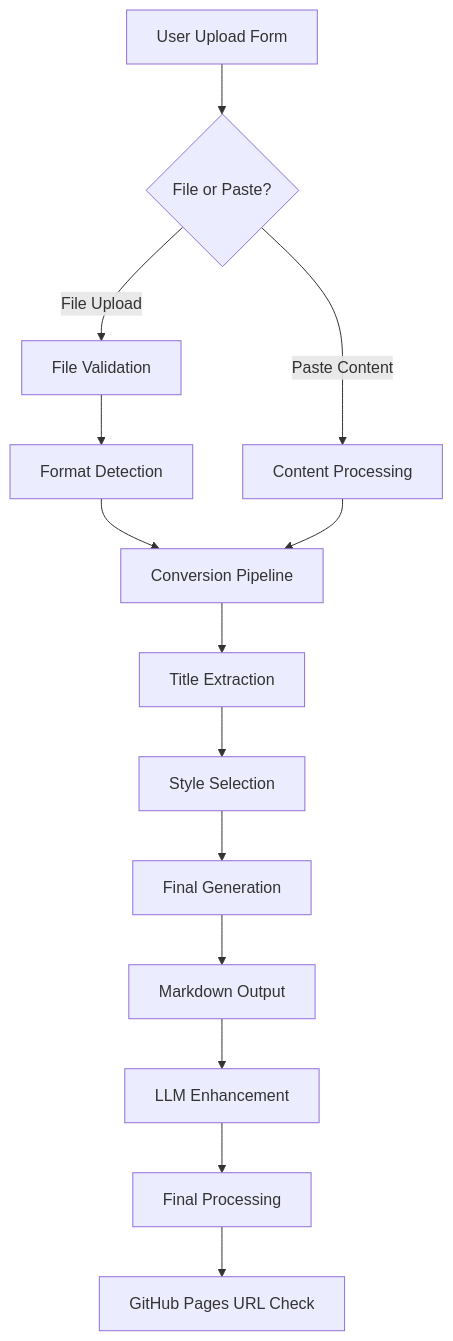
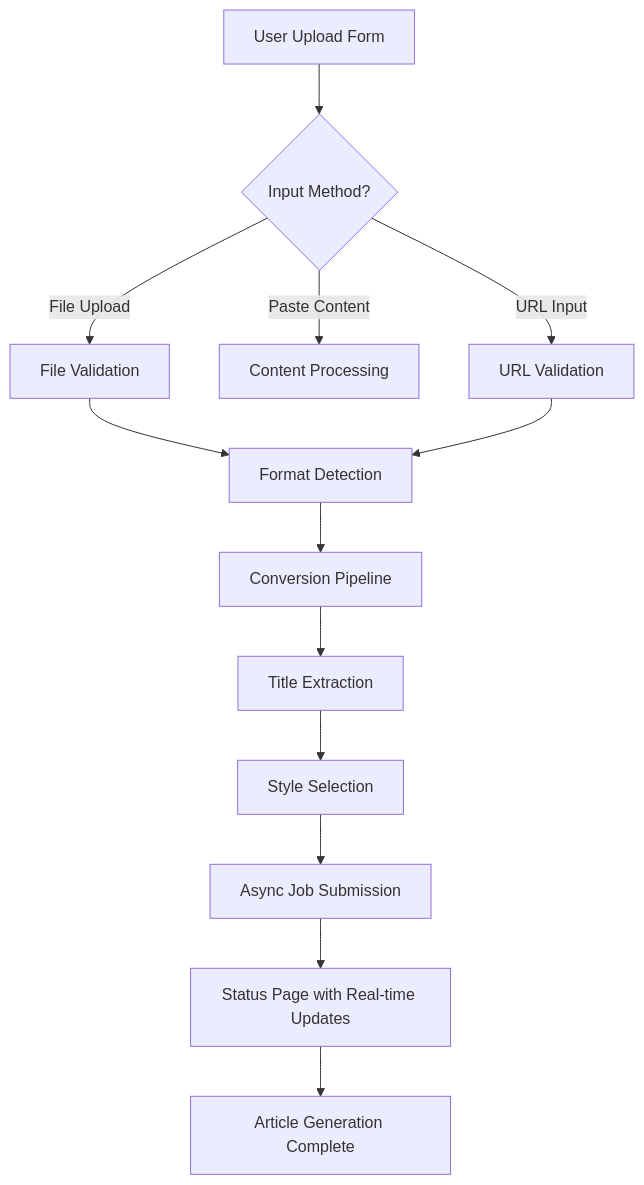
The fourth of 6 diagrams in .qoder/repowiki/en/content/API Reference/API Reference.md (PolarisW007/PolaZhenJing), drawn with Mermaid before and after one commit. The commit also changed other lines of this file and 333 other files, not shown here.

````diff
--- a/.qoder/repowiki/en/content/API Reference/API Reference.md
+++ b/.qoder/repowiki/en/content/API Reference/API Reference.md
@@ -156,16 +228,15 @@
 ```mermaid
 flowchart TD
-A[User Upload Form] --> B{File or Paste?}
+A[User Upload Form] --> B{Input Method?}
 B --> |File Upload| C[File Validation]
 B --> |Paste Content| D[Content Processing]
-C --> E[Format Detection]
-E --> F[Conversion Pipeline]
-D --> F
-F --> G[Title Extraction]
-G --> H[Style Selection]
-H --> I[Final Generation]
-I --> J[Markdown Output]
-J --> K[LLM Enhancement]
-K --> L[Final Processing]
-L --> M[GitHub Pages URL Check]
+B --> |URL Input| E[URL Validation]
+C --> F[Format Detection]
+E --> F
+F --> G[Conversion Pipeline]
+G --> H[Title Extraction]
+H --> I[Style Selection]
+I --> J[Async Job Submission]
+J --> K[Status Page with Real-time Updates]
+K --> L[Article Generation Complete]
 ```
````
